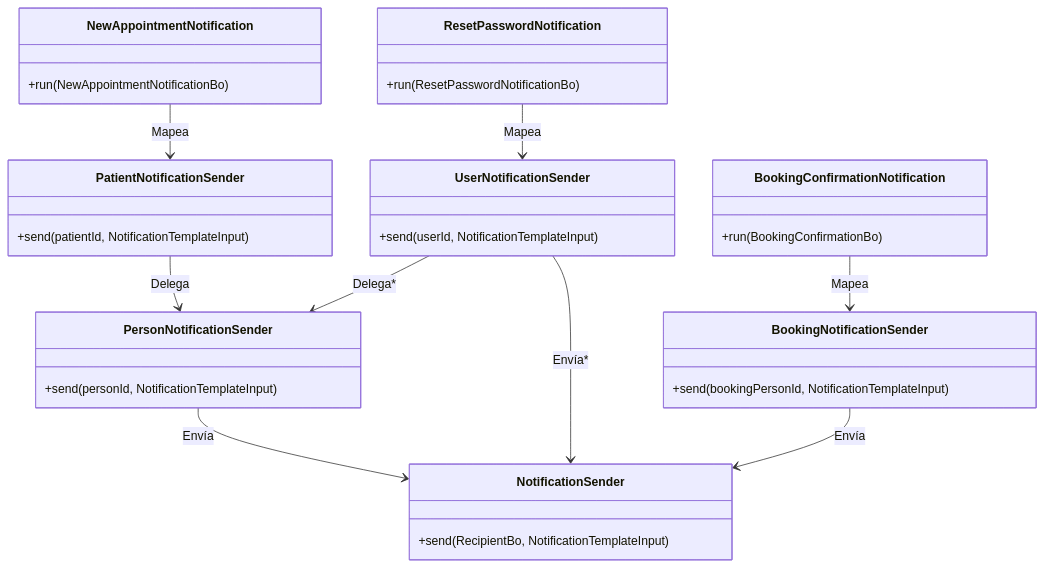
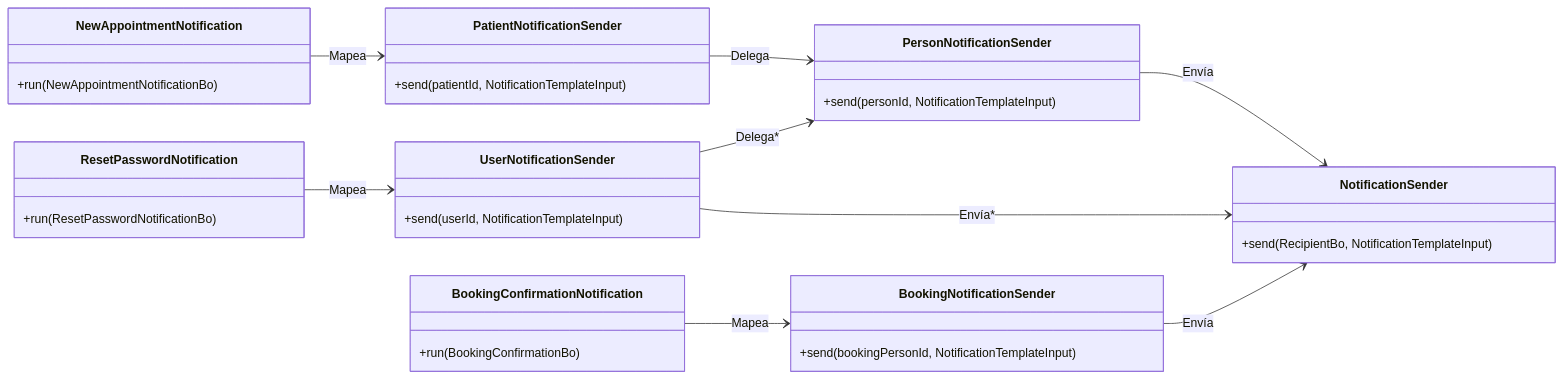
The first of 2 diagrams in back-end/documentacion/notification.md (Historia-Clinica-La-Rioja/historia_clinica_LR), drawn with Mermaid before and after one commit. The commit also changed other lines of this file and 14 other files, not shown here.

````diff
--- a/back-end/documentacion/notification.md
+++ b/back-end/documentacion/notification.md
@@ -58,41 +45,41 @@
 ```mermaid
 classDiagram
-
+    direction LR
     NewAppointmentNotification --> PatientNotificationSender : Mapea
     BookingConfirmationNotification --> BookingNotificationSender : Mapea
     ResetPasswordNotification --> UserNotificationSender : Mapea
 
     PatientNotificationSender --> PersonNotificationSender : Delega
     UserNotificationSender --> PersonNotificationSender : Delega*
     PersonNotificationSender --> NotificationSender: Envía
     UserNotificationSender --> NotificationSender : Envía*
     BookingNotificationSender --> NotificationSender: Envía
 
     class NewAppointmentNotification{
         +run(NewAppointmentNotificationBo)
     }
     class ResetPasswordNotification{
         +run(ResetPasswordNotificationBo)
     }
     class BookingConfirmationNotification{
         +run(BookingConfirmationBo)
     }
 
     class PatientNotificationSender{
         +send(patientId, NotificationTemplateInput)
     }
     class UserNotificationSender{
         +send(userId, NotificationTemplateInput)
     }
     class PersonNotificationSender{
         +send(personId, NotificationTemplateInput)
     }
     class BookingNotificationSender{
         +send(bookingPersonId, NotificationTemplateInput)
     }
 
     class NotificationSender{
         +send(RecipientBo, NotificationTemplateInput)
     }
 
 ```
````
